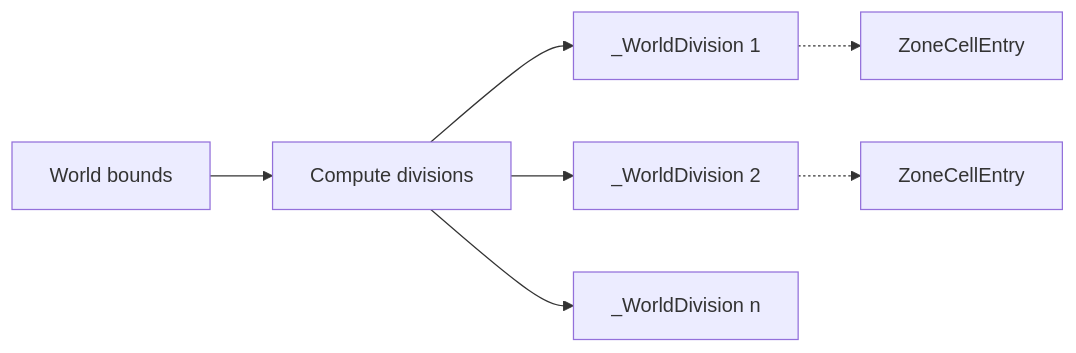
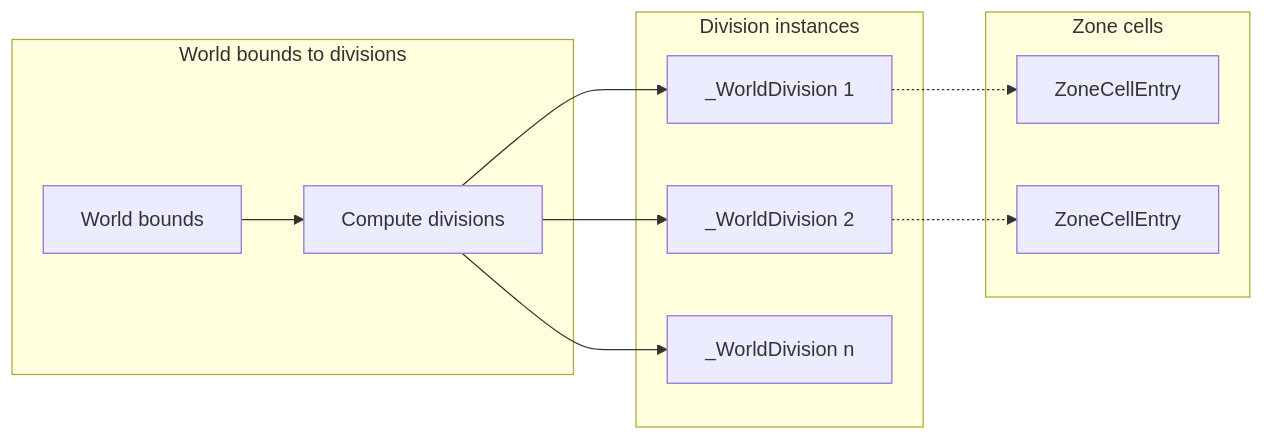
The third of 3 diagrams in docs/types/bounds_and_world.md (Gh0st352/AETHR), drawn with Mermaid before and after one commit. The commit also changed other lines of this file and 8 other files, not shown here.

First line of the commit message:
docs(types, mermaid): normalize headings, restructure Mermaid diagrams, and standardize classes

````diff
--- a/docs/types/bounds_and_world.md
+++ b/docs/types/bounds_and_world.md
@@ -58,9 +90,25 @@
 ```mermaid
+%% shared theme: docs/_mermaid/theme.json %%
 flowchart LR
-  WB[World bounds] --> DIVS[Compute divisions]
-  DIVS --> WD1[_WorldDivision 1]
-  DIVS --> WD2[_WorldDivision 2]
-  DIVS --> WDn[_WorldDivision n]
-  WD1 -.-> ZCE1[ZoneCellEntry]
-  WD2 -.-> ZCE2[ZoneCellEntry]
+  subgraph WORLD_BOUNDS ["World bounds to divisions"]
+    WB[World bounds] --> DIVS[Compute divisions]
+  end
+
+  subgraph DIVS_SCOPE ["Division instances"]
+    WD1[_WorldDivision 1]
+    WD2[_WorldDivision 2]
+    WDn[_WorldDivision n]
+    DIVS --> WD1
+    DIVS --> WD2
+    DIVS --> WDn
+  end
+
+  subgraph CELL_REF ["Zone cells"]
+    ZCE1[ZoneCellEntry]
+    ZCE2[ZoneCellEntry]
+    WD1 -.-> ZCE1
+    WD2 -.-> ZCE2
+  end
+
+  class WB,DIVS,WD1,WD2,WDn,ZCE1,ZCE2,WORLD_BOUNDS,DIVS_SCOPE,CELL_REF class_data;
 ```
````
